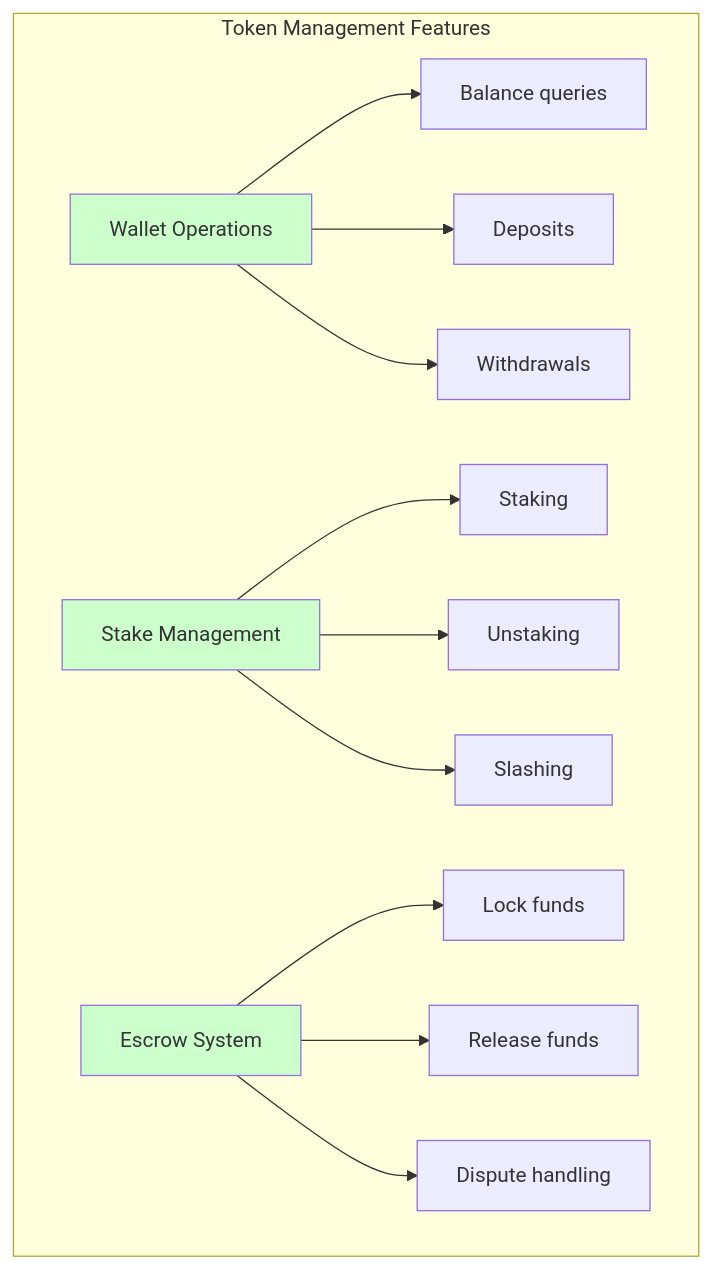
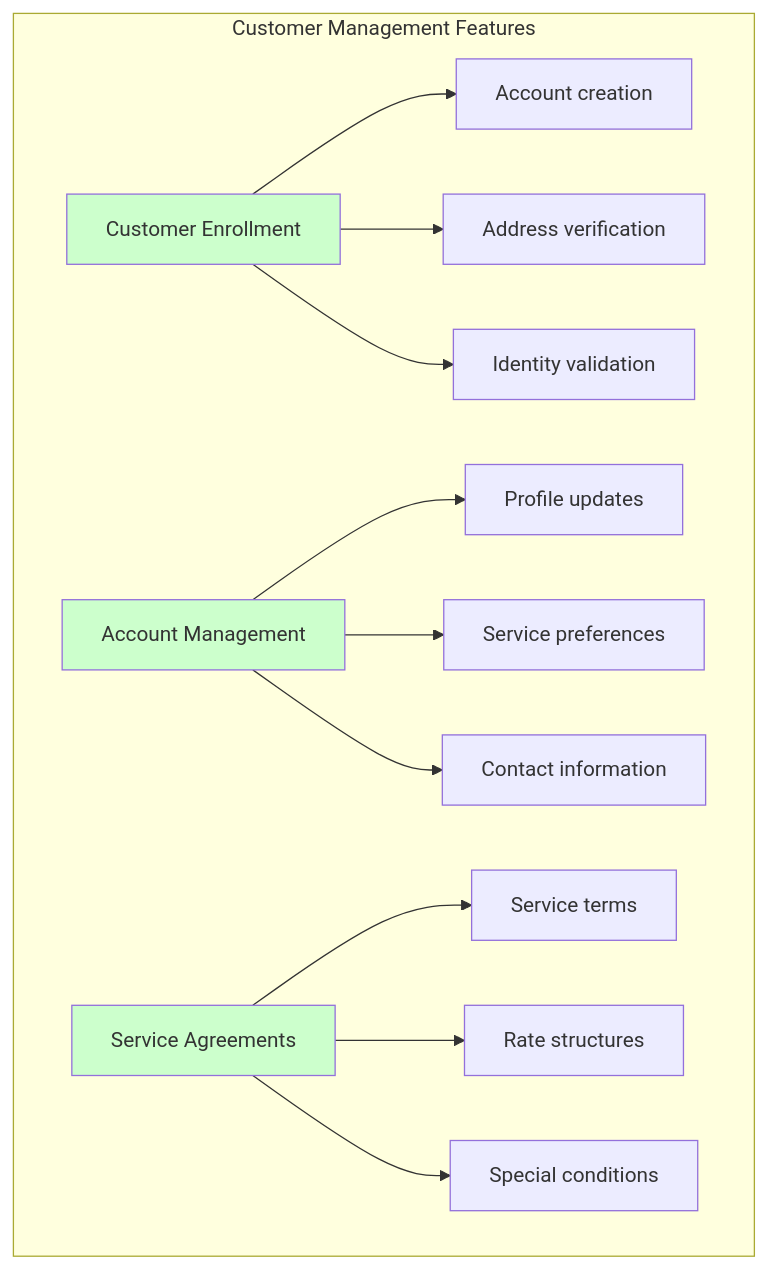
The fourth of 7 diagrams in docs/bdd/03-feature-index.md (esimplicityinc/water-demo), drawn with Mermaid before and after one commit. The commit also changed other lines of this file and 6 other files, not shown here.

````diff
--- a/docs/bdd/03-feature-index.md
+++ b/docs/bdd/03-feature-index.md
@@ -153,20 +150,20 @@
 ```mermaid
 graph TD
-    subgraph "Token Management Features"
-        A[Wallet Operations] --> A1[Balance queries]
-        A --> A2[Deposits]
-        A --> A3[Withdrawals]
+    subgraph "Customer Management Features"
+        A[Customer Enrollment] --> A1[Account creation]
+        A --> A2[Address verification]
+        A --> A3[Identity validation]
         
-        B[Stake Management] --> B1[Staking]
-        B --> B2[Unstaking]
-        B --> B3[Slashing]
+        B[Account Management] --> B1[Profile updates]
+        B --> B2[Service preferences]
+        B --> B3[Contact information]
         
-        C[Escrow System] --> C1[Lock funds]
-        C --> C2[Release funds]
-        C --> C3[Dispute handling]
+        C[Service Agreements] --> C1[Service terms]
+        C --> C2[Rate structures]
+        C --> C3[Special conditions]
     end
 
     style A fill:#ccffcc
     style B fill:#ccffcc
     style C fill:#ccffcc
 ```
````
